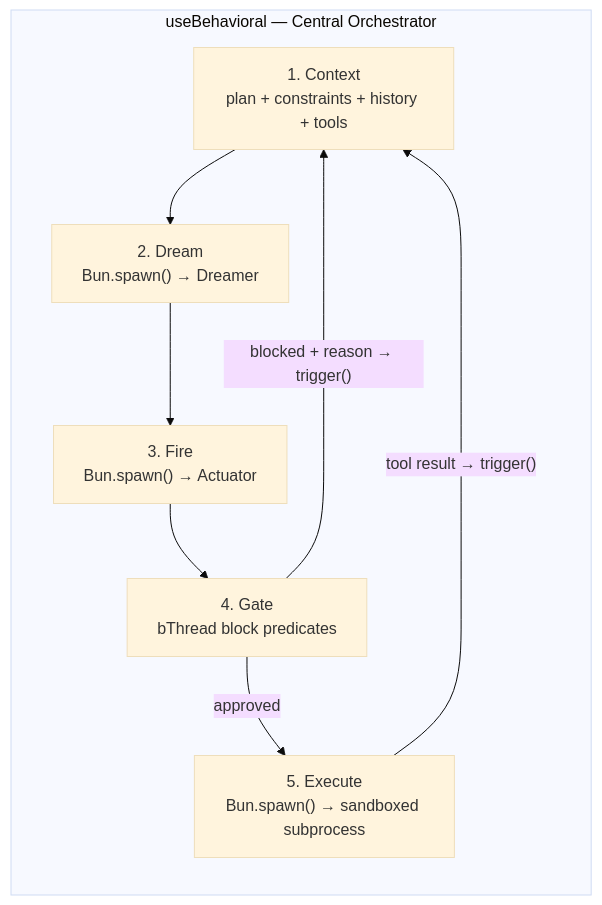
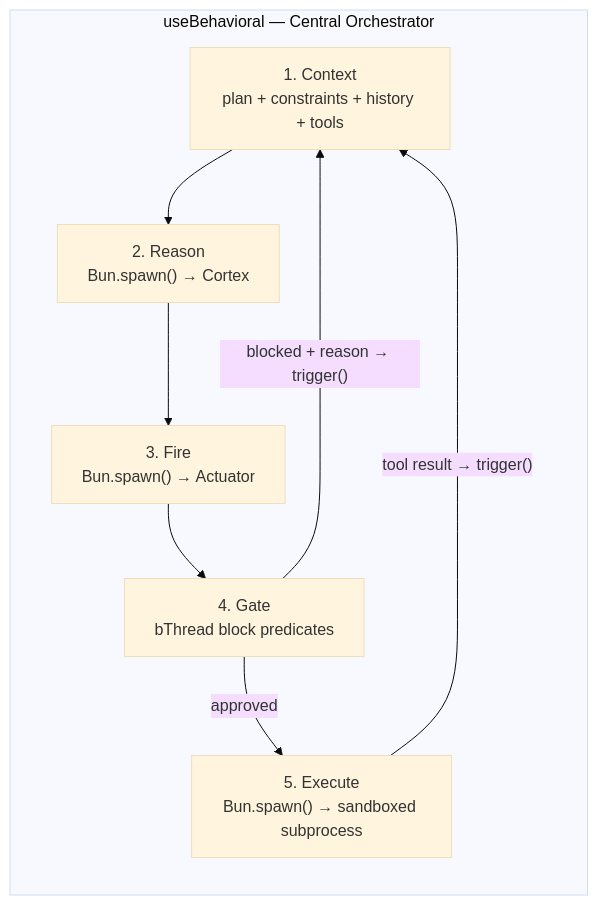
One commit to plaited/plaited changed the first of 3 diagrams in docs/SYSTEM-DESIGN-V3.md. Above: the diagram before and after it, drawn with Mermaid (base theme). The commit also changed other lines of this file, not shown here.

First line of the commit message:
docs(agent): rename Dreamer to Cortex, drop world-model framing

````diff
--- a/docs/SYSTEM-DESIGN-V3.md
+++ b/docs/SYSTEM-DESIGN-V3.md
@@ -65,19 +65,19 @@
 ```mermaid
 graph LR
     subgraph BP["useBehavioral — Central Orchestrator"]
         CTX["1. Context<br/>plan + constraints + history + tools"]
-        DREAM["2. Dream<br/>Bun.spawn() → Dreamer"]
+        REASON["2. Reason<br/>Bun.spawn() → Cortex"]
         FIRE["3. Fire<br/>Bun.spawn() → Actuator"]
         GATE["4. Gate<br/>bThread block predicates"]
         EXEC["5. Execute<br/>Bun.spawn() → sandboxed subprocess"]
     end
 
-    CTX --> DREAM
-    DREAM --> FIRE
+    CTX --> REASON
+    REASON --> FIRE
     FIRE --> GATE
 
     GATE -- "approved" --> EXEC
     EXEC -- "tool result → trigger()" --> CTX
 
     GATE -- "blocked + reason → trigger()" --> CTX
 ```
````
